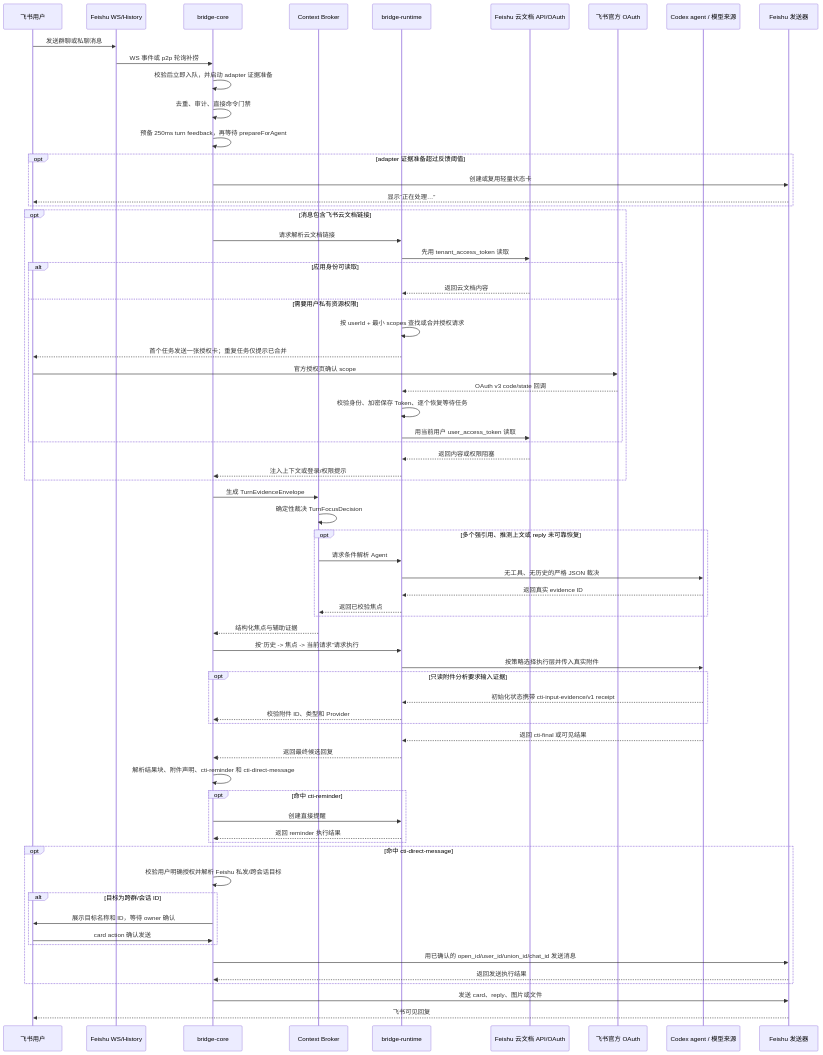
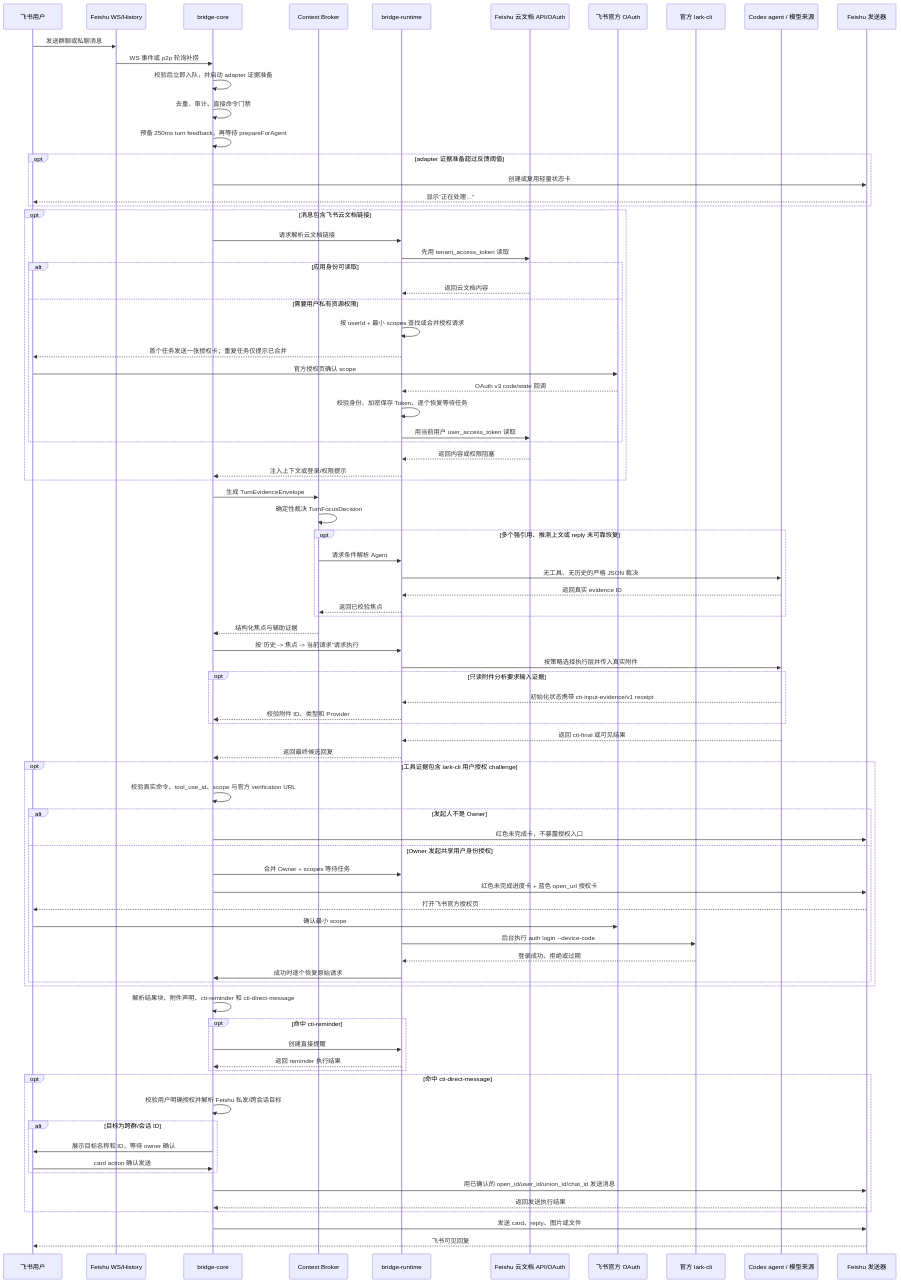
Before and after one commit to dddfuxi/codex-im-suite: the sixth of 12 diagrams in docs/PROJECT-ARCHITECTURE.md, drawn with Mermaid. The commit also changed other lines of this file and 104 other files, not shown here.

```diff
--- a/docs/PROJECT-ARCHITECTURE.md
+++ b/docs/PROJECT-ARCHITECTURE.md
@@ -228,6 +281,7 @@
   participant Runtime as bridge-runtime
   participant Cloud as Feishu 云文档 API/OAuth
   participant OAuth as 飞书官方 OAuth
+  participant CLI as 官方 lark-cli
   participant Provider as Codex agent / 模型来源
   participant Sender as Feishu 发送器
 
@@ -273,6 +327,20 @@
   end
   Provider-->>Runtime: 返回 cti-final 或可见结果
   Runtime-->>Core: 返回最终候选回复
+  opt 工具证据包含 lark-cli 用户授权 challenge
+    Core->>Core: 校验真实命令、tool_use_id、scope 与官方 verification URL
+    alt 发起人不是 Owner
+      Core->>Sender: 红色未完成卡，不暴露授权入口
+    else Owner 发起共享用户身份授权
+      Core->>Runtime: 合并 Owner + scopes 等待任务
+      Core->>Sender: 红色未完成进度卡 + 蓝色 open_url 授权卡
+      Sender-->>User: 打开飞书官方授权页
+      User->>OAuth: 确认最小 scope
+      Runtime->>CLI: 后台执行 auth login --device-code
+      CLI-->>Runtime: 登录成功、拒绝或过期
+      Runtime->>Core: 成功时逐个恢复原始请求
+    end
+  end
   Core->>Core: 解析结果块、附件声明、cti-reminder 和 cti-direct-message
   opt 命中 cti-reminder
     Core->>Runtime: 创建直接提醒
```
